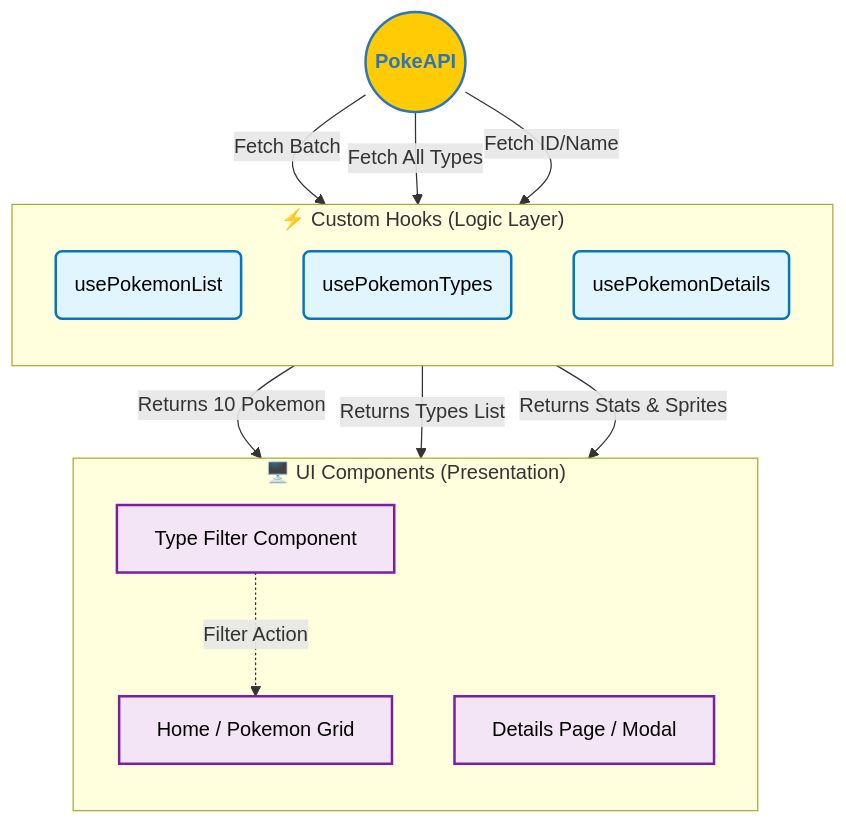
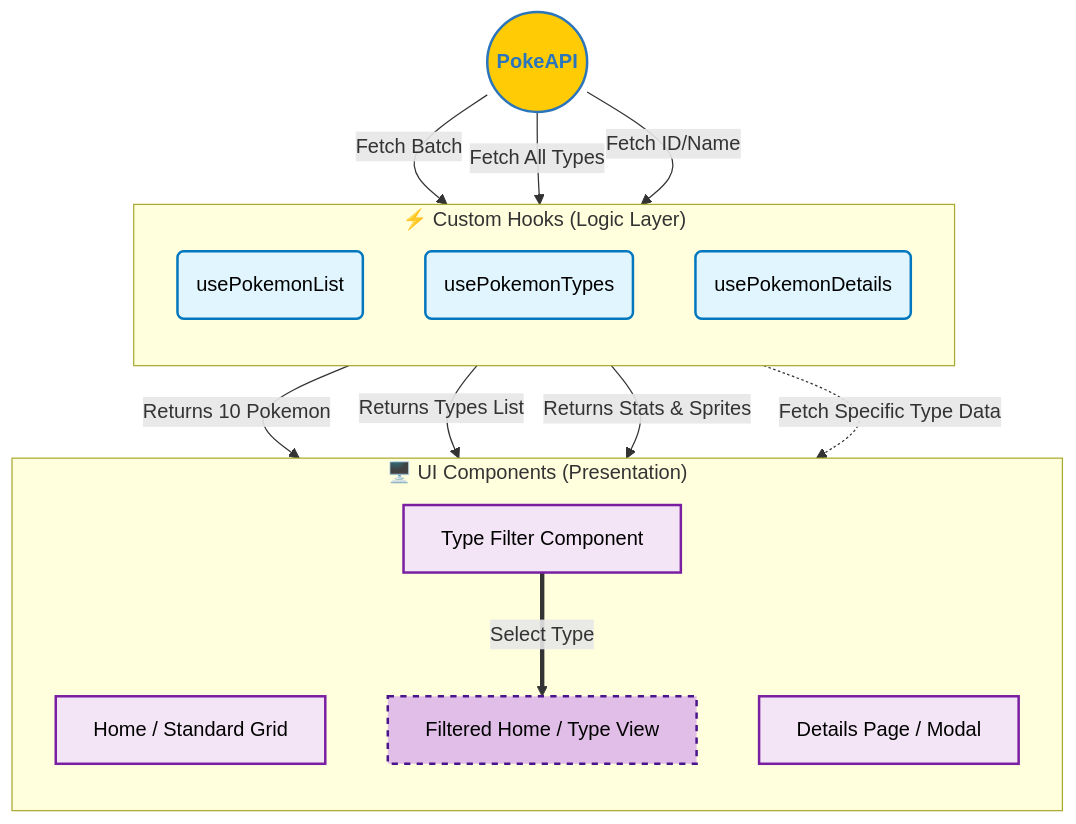
Before and after one commit to IsraelPina32/quest-pokedex: the diagram in README.md, drawn with Mermaid. The commit also changed other lines of this file, not shown here.

Commit message:
docs(README): adicionar explicação mais detalhada do hook pokemonTypes

````diff
--- a/README.md
+++ b/README.md
@@ -75,35 +75,41 @@
 ```mermaid
 graph TD
     %% Styles
     classDef api fill:#ffcb05,stroke:#2a75bb,stroke-width:2px,color:#2a75bb,font-weight:bold;
     classDef hooks fill:#e1f5fe,stroke:#0277bd,stroke-width:2px,color:#000;
     classDef ui fill:#f3e5f5,stroke:#7b1fa2,stroke-width:2px,color:#000;
+    classDef ui_filtered fill:#e1bee7,stroke:#4a148c,stroke-width:2px,color:#000,stroke-dasharray: 5 5;
 
     %% Nodes
     API((PokeAPI)):::api
 
     subgraph Logic ["⚡ Custom Hooks (Logic Layer)"]
         direction TB
         H1(usePokemonList):::hooks
         H2(usePokemonTypes):::hooks
         H3(usePokemonDetails):::hooks
     end
 
     subgraph View ["🖥️ UI Components (Presentation)"]
         direction TB
-        UI1[Home / Pokemon Grid]:::ui
+        UI1[Home / Standard Grid]:::ui
         UI2[Type Filter Component]:::ui
         UI3[Details Page / Modal]:::ui
+        
+        %% Novo nó para representar o "Novo Home"
+        UI_F[Filtered Home / Type View]:::ui_filtered
     end
 
     %% Connections
     API -->|Fetch Batch| H1
     API -->|Fetch All Types| H2
     API -->|Fetch ID/Name| H3
 
     H1 -->|Returns 10 Pokemon| UI1
     H2 -->|Returns Types List| UI2
     H3 -->|Returns Stats & Sprites| UI3
     
-    UI2 -.->|Filter Action| UI1
+    %% A correção principal está aqui:
+    UI2 == Select Type ==> UI_F
+    H2 -.->|Fetch Specific Type Data| UI_F
 ```
````
